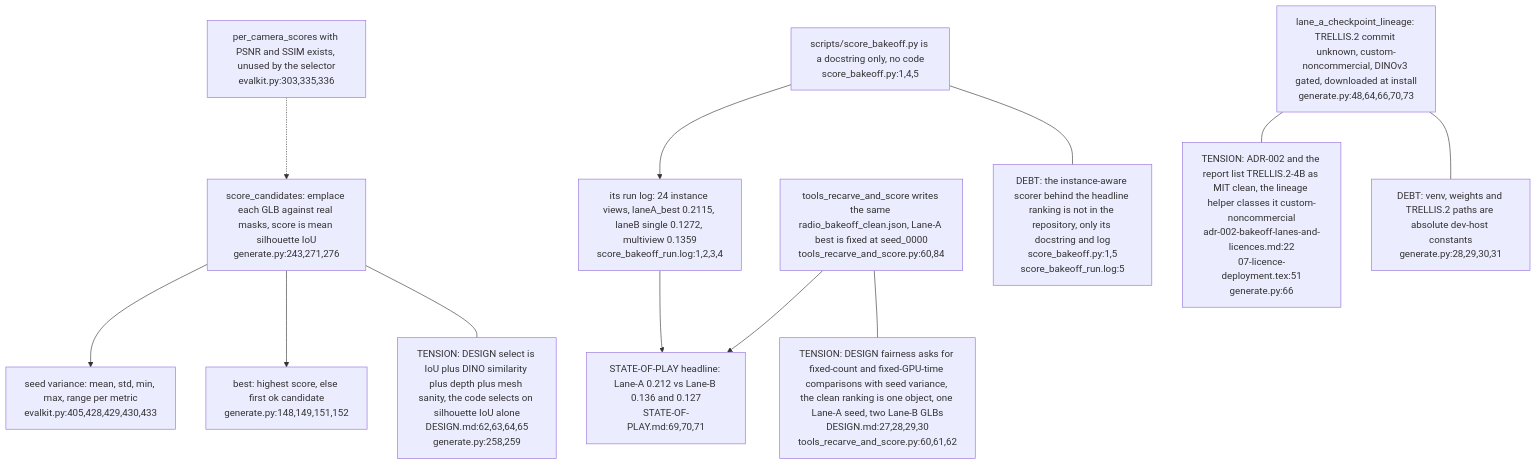
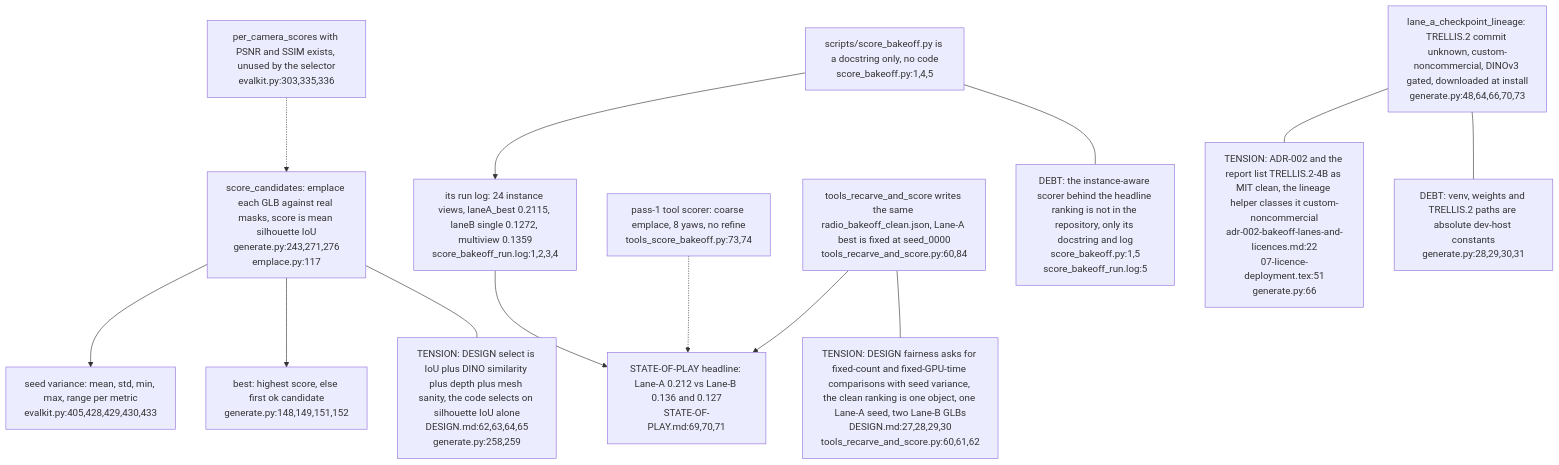
One commit to DreamLab-AI/VisionFlow changed the third of 3 diagrams in docs/diagrams/vitrine-object-sidecar/05-seed-lane-a-generation-and-bake-off.md. Above: the diagram before and after it, drawn with Mermaid. The commit also changed other lines of this file and 5 other files, not shown here.

First line of the commit message:
diagrams(vitrine-object-sidecar): tighten claims and add contract drift

````diff
--- a/docs/diagrams/vitrine-object-sidecar/05-seed-lane-a-generation-and-bake-off.md
+++ b/docs/diagrams/vitrine-object-sidecar/05-seed-lane-a-generation-and-bake-off.md
@@ -83,27 +83,29 @@
 ```mermaid
 flowchart TB
-    SC["score_candidates: emplace each GLB against real masks, score is mean silhouette IoU<br/>generate.py:243,271,276"]
+    SC["score_candidates: emplace each GLB against real masks, score is mean silhouette IoU<br/>generate.py:243,271,276<br/>emplace.py:117"]
+    P1["pass-1 tool scorer: coarse emplace, 8 yaws, no refine<br/>tools_score_bakeoff.py:73,74"]
     SV["seed variance: mean, std, min, max, range per metric<br/>evalkit.py:405,428,429,430,433"]
     PCS["per_camera_scores with PSNR and SSIM exists, unused by the selector<br/>evalkit.py:303,335,336"]
     BEST["best: highest score, else first ok candidate<br/>generate.py:148,149,151,152"]
     SC --> SV
     SC --> BEST
     PCS -.-> SC
     TENS1["TENSION: DESIGN select is IoU plus DINO similarity plus depth plus mesh sanity, the code selects on silhouette IoU alone<br/>DESIGN.md:62,63,64,65<br/>generate.py:258,259"]
     SC --- TENS1
     STUB["scripts/score_bakeoff.py is a docstring only, no code<br/>score_bakeoff.py:1,4,5"]
     LOG["its run log: 24 instance views, laneA_best 0.2115, laneB single 0.1272, multiview 0.1359<br/>score_bakeoff_run.log:1,2,3,4"]
     CLEAN["tools_recarve_and_score writes the same radio_bakeoff_clean.json, Lane-A best is fixed at seed_0000<br/>tools_recarve_and_score.py:60,84"]
     HEAD["STATE-OF-PLAY headline: Lane-A 0.212 vs Lane-B 0.136 and 0.127<br/>STATE-OF-PLAY.md:69,70,71"]
     STUB --> LOG --> HEAD
+    P1 -.-> HEAD
     CLEAN --> HEAD
     DEBT1["DEBT: the instance-aware scorer behind the headline ranking is not in the repository, only its docstring and log<br/>score_bakeoff.py:1,5<br/>score_bakeoff_run.log:5"]
     STUB --- DEBT1
     TENS2["TENSION: DESIGN fairness asks for fixed-count and fixed-GPU-time comparisons with seed variance, the clean ranking is one object, one Lane-A seed, two Lane-B GLBs<br/>DESIGN.md:27,28,29,30<br/>tools_recarve_and_score.py:60,61,62"]
     CLEAN --- TENS2
     LIN["lane_a_checkpoint_lineage: TRELLIS.2 commit unknown, custom-noncommercial, DINOv3 gated, downloaded at install<br/>generate.py:48,64,66,70,73"]
     TENS3["TENSION: ADR-002 and the report list TRELLIS.2-4B as MIT clean, the lineage helper classes it custom-noncommercial<br/>adr-002-bakeoff-lanes-and-licences.md:22<br/>07-licence-deployment.tex:51<br/>generate.py:66"]
     LIN --- TENS3
     DEBT2["DEBT: venv, weights and TRELLIS.2 paths are absolute dev-host constants<br/>generate.py:28,29,30,31"]
     LIN --- DEBT2
 ```
````
